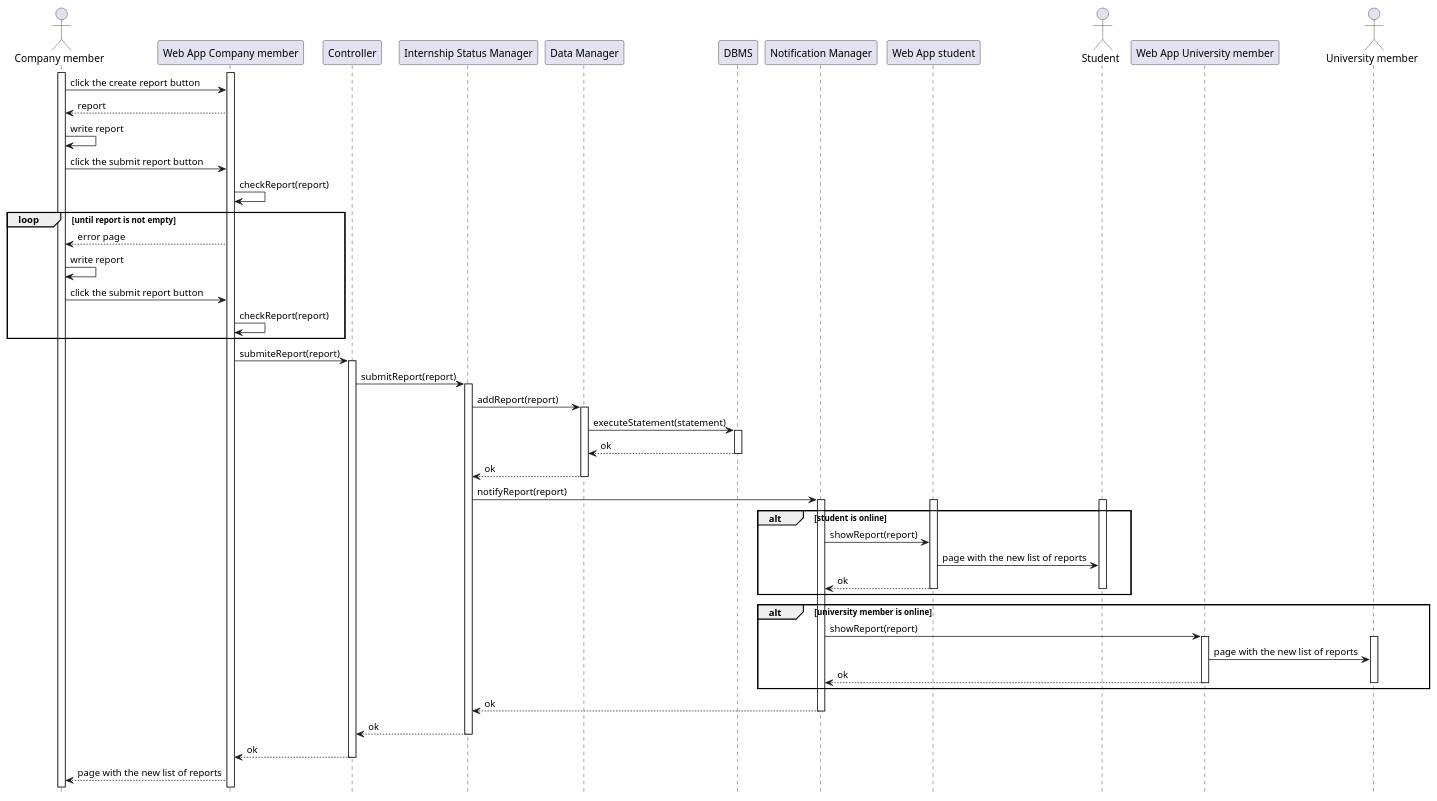
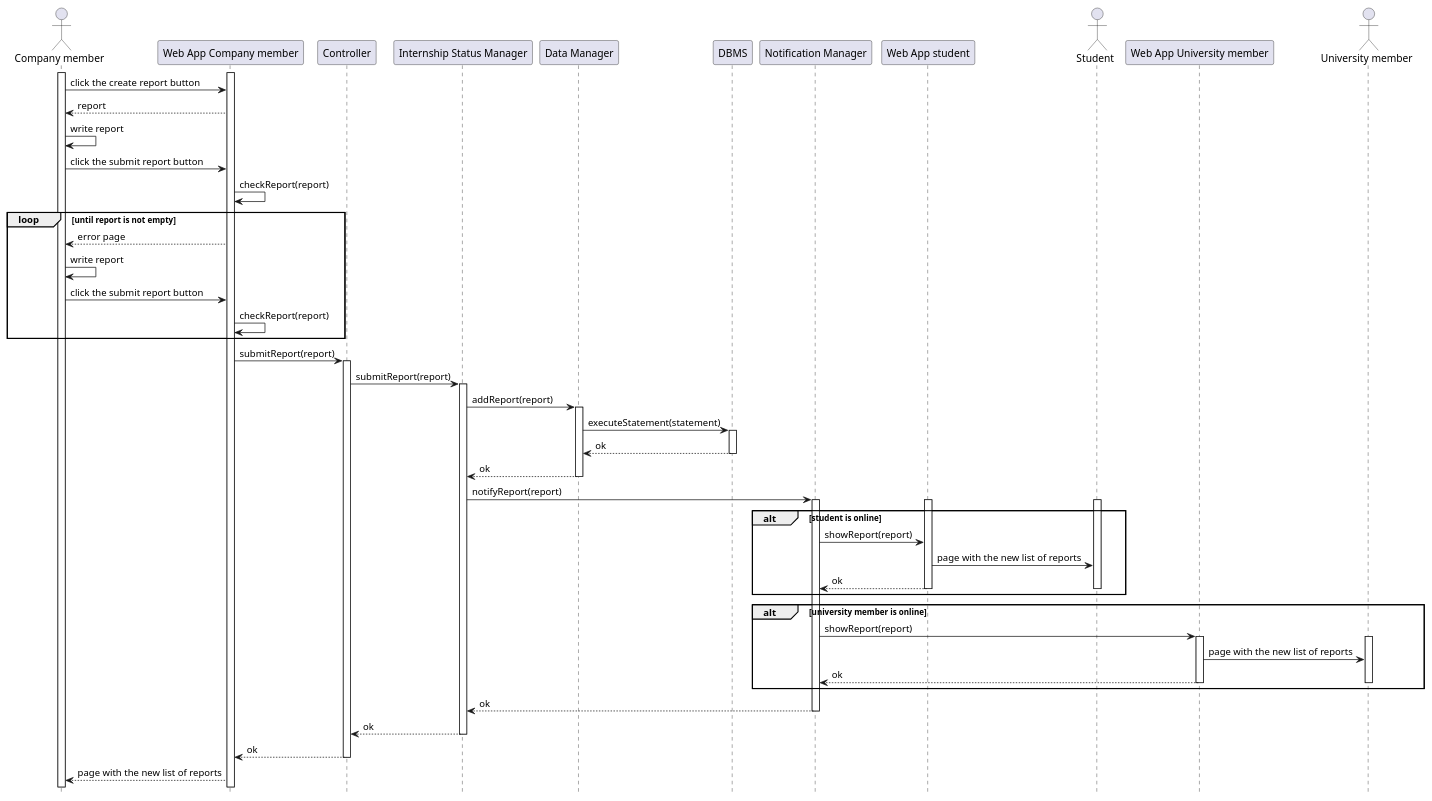
The diagram in DD/Architectural_design/uml_diagrams/RV25_diagram.puml (matti8702/R_and_DD_project_SE2), drawn with PlantUML before and after one commit. The commit also changed 3 other files, not shown here.

Commit message:
fix: typo in RV24 and RV25 diagrams

```diff
--- a/DD/Architectural_design/uml_diagrams/RV25_diagram.puml
+++ b/DD/Architectural_design/uml_diagrams/RV25_diagram.puml
@@ -1,68 +1,68 @@
 @startuml RV25_diagram
 hide footbox
 
 actor "Company member" as CM
 participant "Web App Company member" AS WACM
 participant "Controller" as C
 participant "Internship Status Manager" as IM
 participant "Data Manager" as DM
 participant "DBMS" as DB
 participant "Notification Manager" as NM
 participant "Web App student" AS WAST
 actor "Student" as ST
 participant "Web App University member" AS WAUM
 actor "University member" AS UM
 
 activate CM
 activate WACM
 CM -> WACM : click the create report button
 WACM --> CM : report
 CM -> CM   : write report
 CM -> WACM : click the submit report button
 WACM -> WACM : checkReport(report)
 loop until report is not empty
     WACM --> CM : error page
     CM -> CM   : write report
     CM -> WACM : click the submit report button
     WACM -> WACM : checkReport(report)
 end
-WACM -> C : submiteReport(report)
+WACM -> C : submitReport(report)
 activate C
 C -> IM    : submitReport(report)
 activate IM
 IM -> DM : addReport(report)
 activate  DM
 DM -> DB : executeStatement(statement)
 activate DB
 DB --> DM : ok
 deactivate DB
 DM --> IM : ok
 deactivate DM
 IM -> NM : notifyReport(report)
 activate NM
 alt student is online
     activate WAST
     activate ST
     NM -> WAST : showReport(report)
     WAST -> ST : page with the new list of reports
     WAST --> NM : ok
     deactivate WAST
     deactivate ST
 end 
 alt university member is online
     NM -> WAUM : showReport(report)
     activate WAUM
     activate UM
     WAUM -> UM : page with the new list of reports
     WAUM --> NM : ok
     deactivate WAUM
     deactivate UM
 end 
 NM --> IM : ok
 deactivate NM
 IM --> C : ok
 deactivate IM
 C --> WACM : ok 
 deactivate C
 WACM --> CM : page with the new list of reports
 @enduml
```
